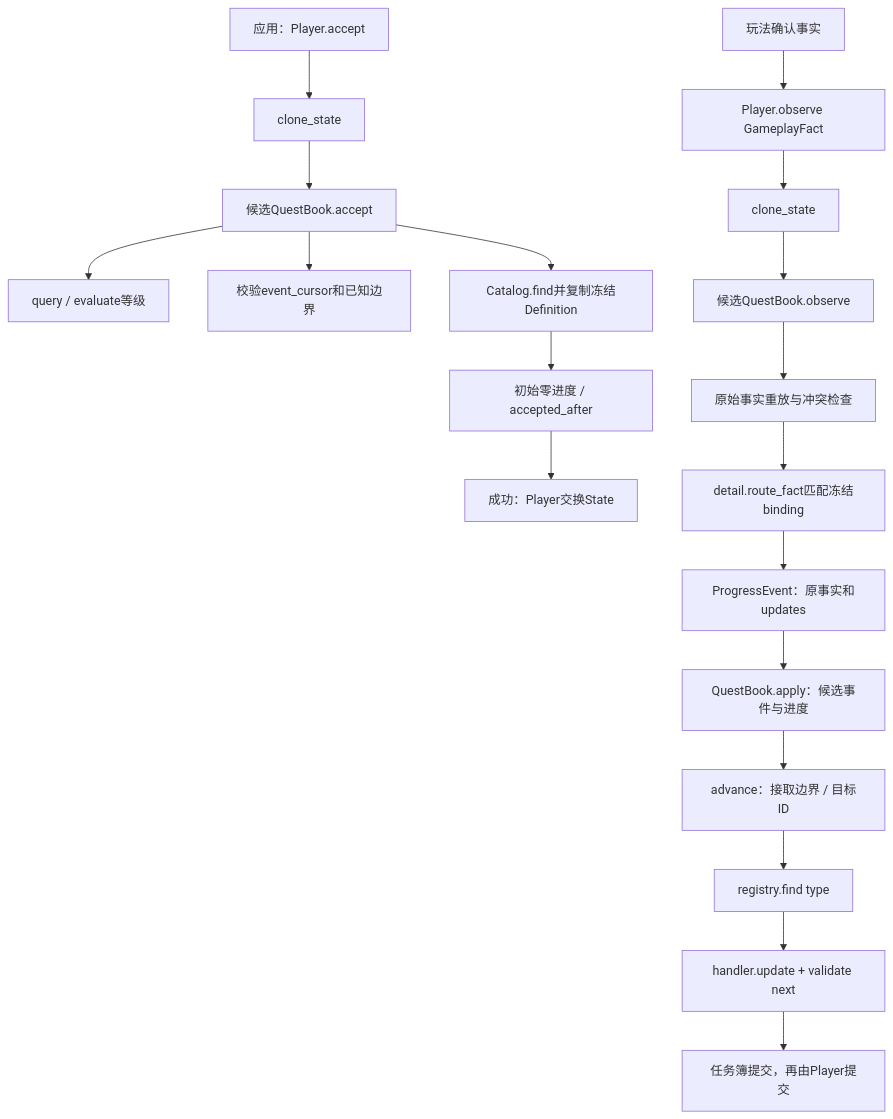
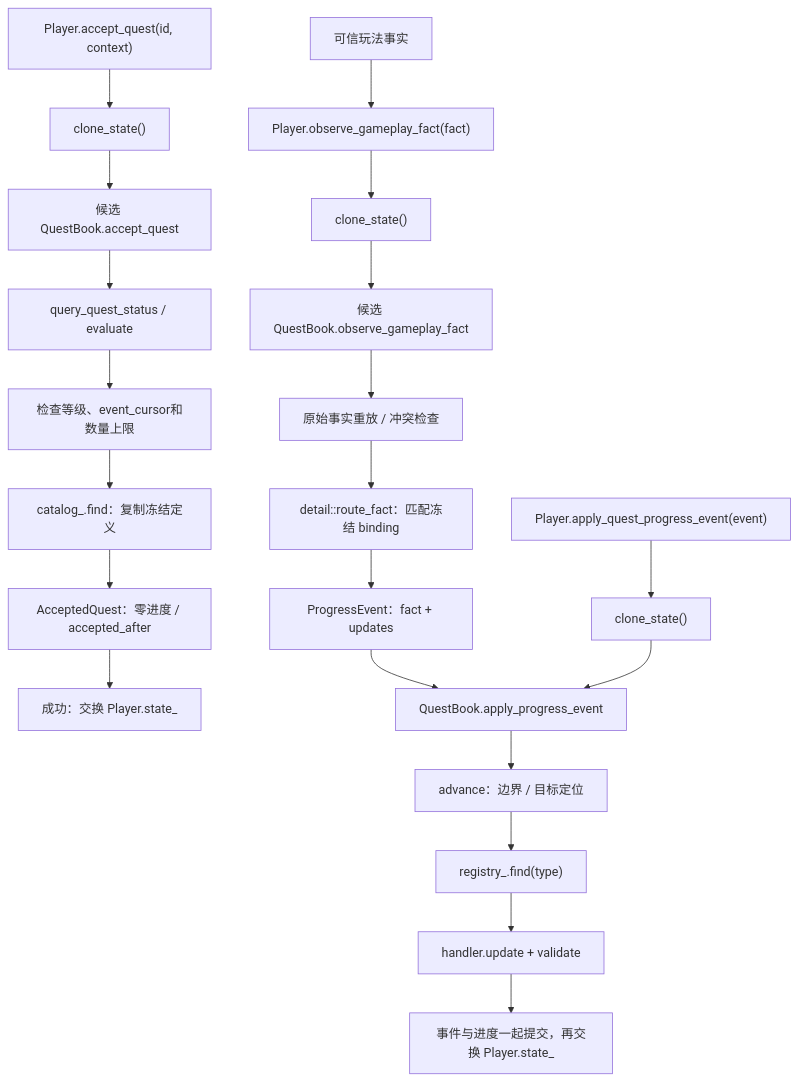
Before and after one commit to Cheems-life/game-systems-toolkit: the fourth of 8 diagrams in docs/architecture-details.md, drawn with Mermaid. The commit also changed other lines of this file and 2 other files, not shown here.

Commit message:
docs: redraw architecture diagrams for current player state

````diff
--- a/docs/architecture-details.md
+++ b/docs/architecture-details.md
@@ -257,21 +295,23 @@
 ```mermaid
 flowchart TD
-    A[应用：Player.accept] --> B[clone_state]
-    B --> Q[候选QuestBook.accept]
-    Q --> L[query / evaluate等级]
-    Q --> T[校验event_cursor和已知边界]
-    Q --> D[Catalog.find并复制冻结Definition]
-    D --> Z[初始零进度 / accepted_after]
-    Z --> S[成功：Player交换State]
-    F[玩法确认事实] --> O[Player.observe GameplayFact]
-    O --> CP[clone_state]
-    CP --> QB[候选QuestBook.observe]
-    QB --> H[原始事实重放与冲突检查]
-    H --> R[detail.route_fact匹配冻结binding]
-    R --> EV[ProgressEvent：原事实和updates]
-    EV --> AP[QuestBook.apply：候选事件与进度]
-    AP --> ADV[advance：接取边界 / 目标ID]
-    ADV --> REG[registry.find type]
-    REG --> U[handler.update + validate next]
-    U --> COM[任务簿提交，再由Player提交]
+    A["Player.accept_quest(id, context)"] --> B["clone_state()"]
+    B --> Q["候选 QuestBook.accept_quest"]
+    Q --> L["query_quest_status / evaluate"]
+    L --> T["检查等级、event_cursor和数量上限"]
+    T --> D["catalog_.find：复制冻结定义"]
+    D --> Z["AcceptedQuest：零进度 / accepted_after"]
+    Z --> S["成功：交换 Player.state_"]
+    F["可信玩法事实"] --> O["Player.observe_gameplay_fact(fact)"]
+    O --> CP["clone_state()"]
+    CP --> QB["候选 QuestBook.observe_gameplay_fact"]
+    QB --> H["原始事实重放 / 冲突检查"]
+    H --> R["detail::route_fact：匹配冻结 binding"]
+    R --> EV["ProgressEvent：fact + updates"]
+    EV --> AP["QuestBook.apply_progress_event"]
+    Direct["Player.apply_quest_progress_event(event)"] --> CP2["clone_state()"]
+    CP2 --> AP
+    AP --> ADV["advance：边界 / 目标定位"]
+    ADV --> REG["registry_.find(type)"]
+    REG --> U["handler.update + validate"]
+    U --> COM["事件与进度一起提交，再交换 Player.state_"]
 ```
````
